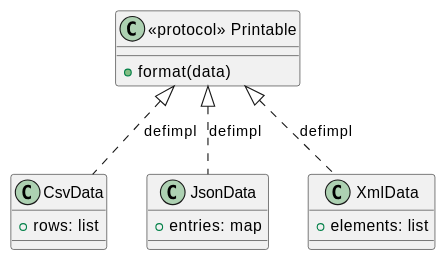
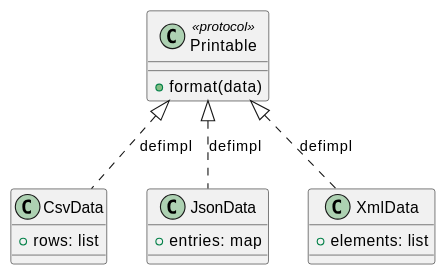
Before and after one commit to k2works/getting-started-design-pattern: the diagram in docs/article/elixir/10-adapter.md, drawn with PlantUML. The commit also changed 73 other files, not shown here.

Commit message:
docs(article): PlantUML 表記と記事ナビゲーションを整理

````diff
--- a/docs/article/elixir/10-adapter.md
+++ b/docs/article/elixir/10-adapter.md
@@ -9,23 +9,23 @@
 ```plantuml
 @startuml
-class "<<protocol>> Printable" as P {
+class "Printable" as P <<protocol>> {
   + format(data)
 }
 
 class "CsvData" as CSV {
   + rows: list
 }
 
 class "JsonData" as JSON {
   + entries: map
 }
 
 class "XmlData" as XML {
   + elements: list
 }
 
 P <|.. CSV : defimpl
 P <|.. JSON : defimpl
 P <|.. XML : defimpl
 @enduml
 ```
````
